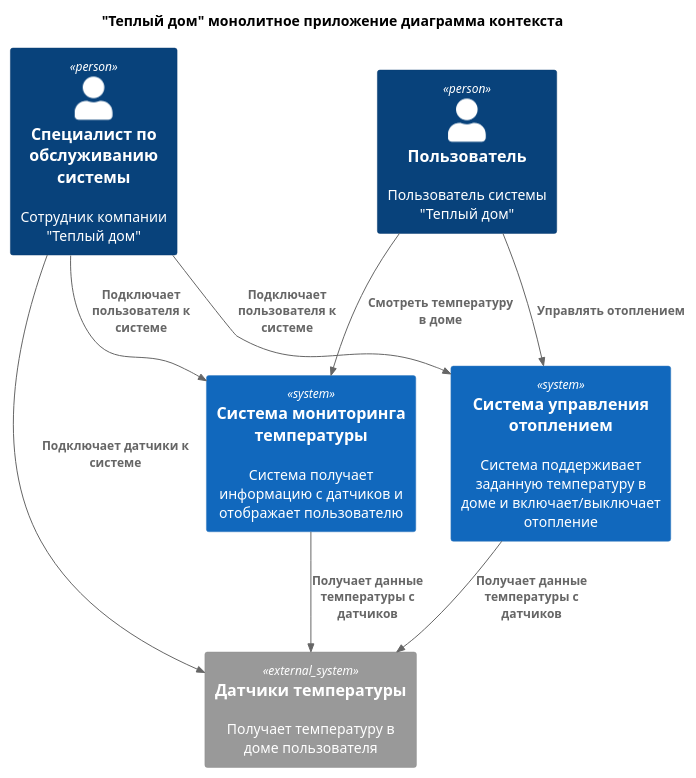
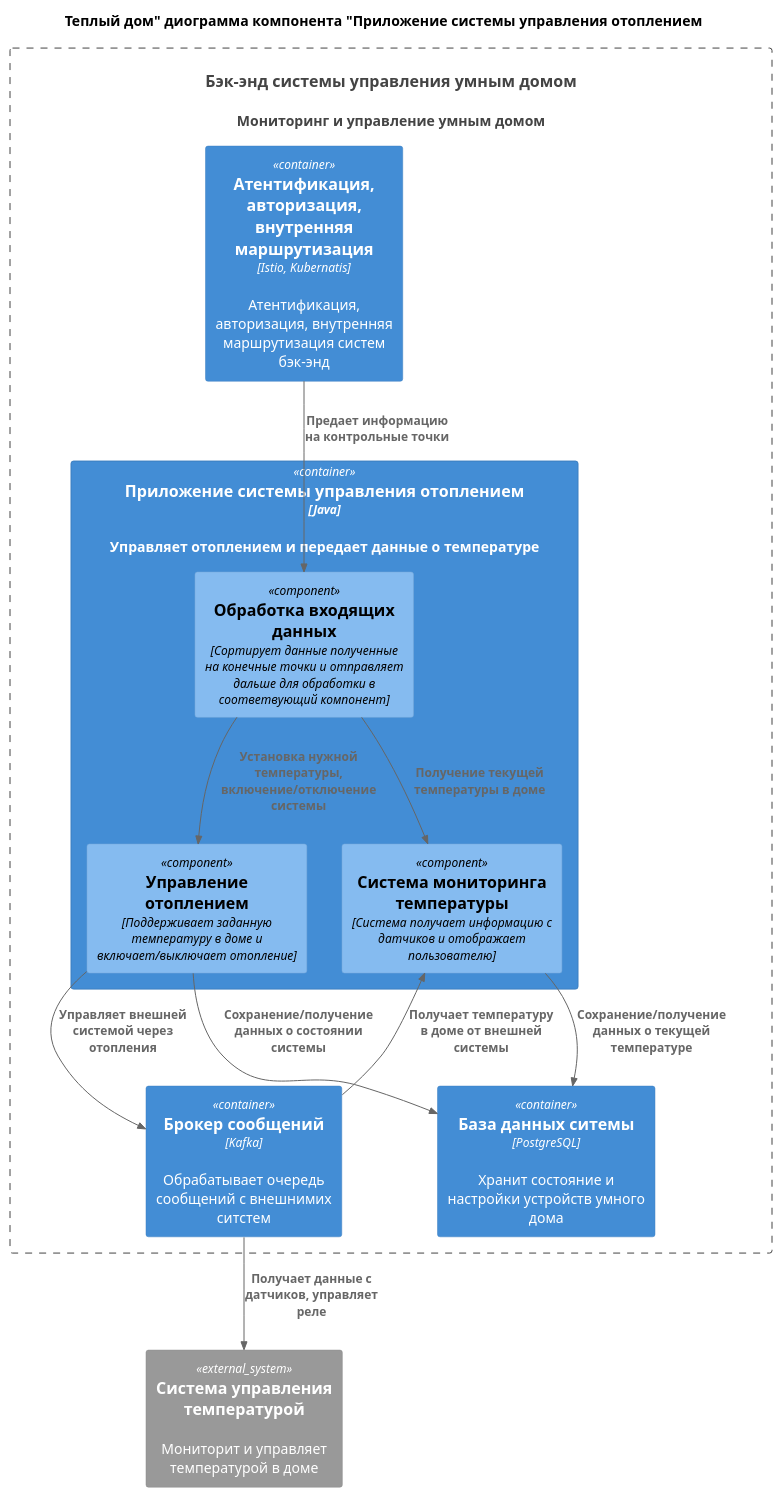
Before and after one commit to Rootman78/architecture-sprint-3: the diagram in task_2/task_2_component.puml, drawn with PlantUML. The commit also changed 6 other files, not shown here.

```diff
--- a/task_2/task_2_component.puml
+++ b/task_2/task_2_component.puml
@@ -1,26 +1,37 @@
 @startuml
-title "Теплый дом" монолитное приложение диаграмма контекста
+title "Теплый дом" диограмма компонента "Приложение системы управления отоплением"
 
 top to bottom direction
 
 !includeurl ./C4_Component.puml
 
-Person(user, "Пользователь", 'Пользователь системы "Теплый дом"')
-Person(admin, "Специалист по обслуживанию системы", 'Сотрудник компании "Теплый дом"')
 
-System(сontrolSystem, "Система управления отоплением", 'Система поддерживает заданную температуру в доме и включает/выключает отопление')
-System(monitoringSystem, "Система мониторинга температуры", 'Система получает информацию с датчиков и отображает пользователю')
+System(ControlSystem, "Бэк-энд системы управления умным домом", "Мониторинг и управление умным домом")
 
-System_Ext(tempSensors, "Датчики температуры", "Получает температуру в доме пользователя")
+Container_Boundary(ControlSystem, "ControlSystem") {
+Container(IntRoutingApp, "Атентификация, авторизация, внутренняя маршрутизация", "Istio, Kubernatis", "Атентификация, авторизация, внутренняя маршрутизация систем бэк-энд")
+Container(ControlTempApp, "Приложение системы управления отоплением", "Java", "Управляет отоплением и передает данные о температуре")
+Container(Database, "База данных ситемы", "PostgreSQL", "Хранит состояние и настройки устройств умного дома")
+
+Container(ControlTempApp, "Приложение системы управления отоплением", "Java") {
+
+Component(сontrolInpiut, "Обработка входящих данных", 'Сортирует данные полученные на конечные точки и отправляет дальше для обработки в соответвующий компонент')
+Component(сontrolSystem, "Управление отоплением", 'Поддерживает заданную температуру в доме и включает/выключает отопление')
+Component(monitoringSystem, "Система мониторинга температуры", 'Система получает информацию с датчиков и отображает пользователю')
+}
+Container(MessageBroker, "Брокер сообщений", "Kafka", "Обрабатывает очередь сообщений с внешнимих ситстем")
+}
+System_Ext(tempSensors, "Система управления температурой", "Мониторит и управляет температурой в доме")
+
+Rel(IntRoutingApp,сontrolInpiut,"Предает информацию на контрольные точки")
+Rel(сontrolInpiut, сontrolSystem, "Установка нужной температуры, включение/отключение системы")
+Rel(сontrolInpiut, monitoringSystem, "Получение текущей температуры в доме")
+Rel(сontrolSystem, Database, "Сохранение/получение данных о состоянии системы")
+Rel(monitoringSystem, Database, "Сохранение/получение данных о текущей температуре")
+Rel(сontrolSystem,MessageBroker,"Управляет внешней системой через отопления ")
+Rel(MessageBroker, monitoringSystem,"Получает температуру в доме от внешней системы")
+Rel(MessageBroker,tempSensors,"Получает данные с датчиков, управляет реле")
 
 
-Rel(user, сontrolSystem, "Управлять отоплением")
-Rel(user, monitoringSystem, "Смотреть температуру в доме")
-Rel(admin,tempSensors,"Подключает датчики к системе")
-Rel(admin,сontrolSystem,"Подключает пользователя к системе")
-Rel(admin,monitoringSystem,"Подключает пользователя к системе")
-
-Rel(monitoringSystem,tempSensors,"Получает данные температуры с датчиков")
-Rel(сontrolSystem,tempSensors,"Получает данные температуры с датчиков")
 
 @enduml
```
